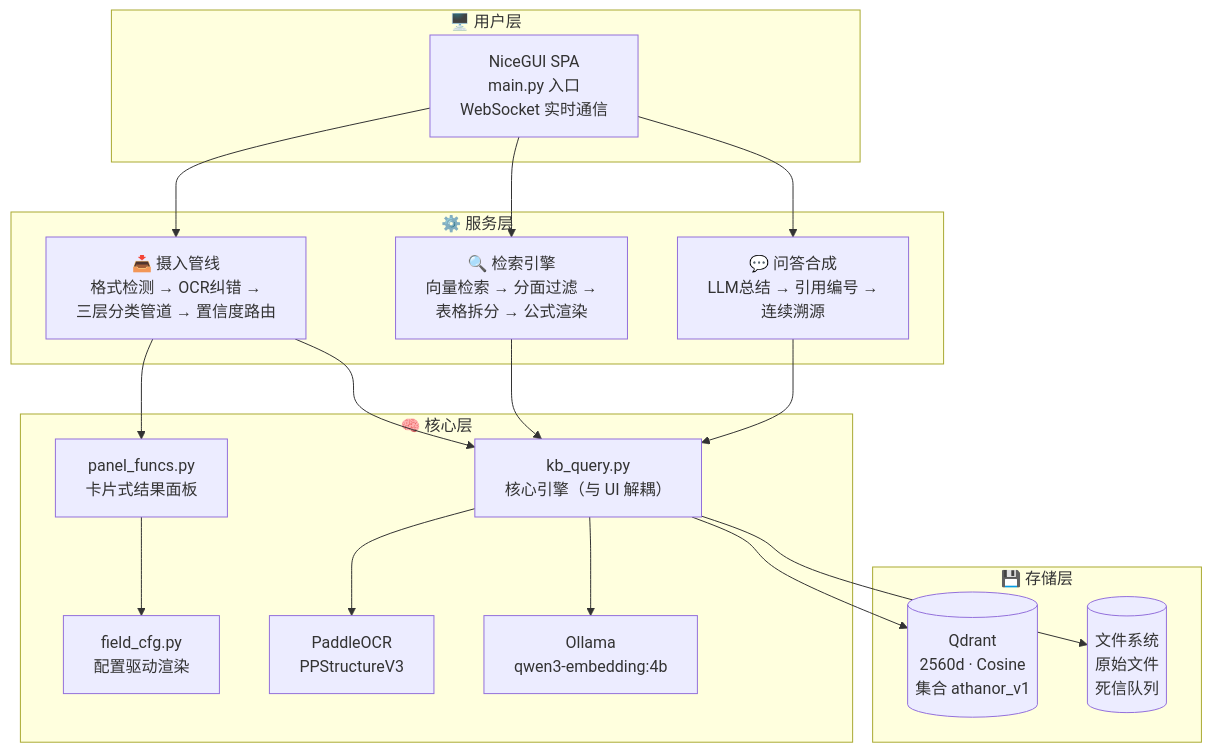
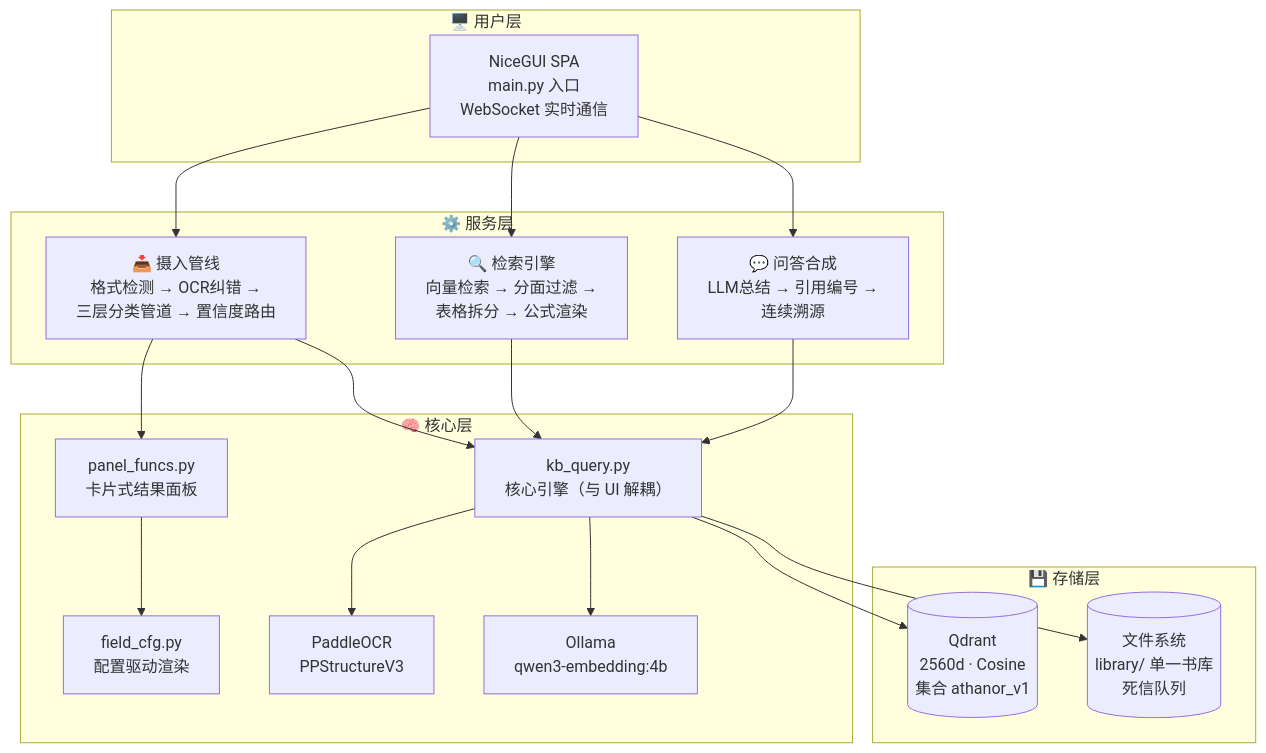
One commit to shiyao222333-afk/citrinitas changed the third of 3 diagrams in README.md. Above: the diagram before and after it, drawn with Mermaid. The commit also changed other lines of this file and 3 other files, not shown here.

````diff
--- a/README.md
+++ b/README.md
@@ -171,38 +145,38 @@
 ```mermaid
 graph TB
     subgraph 用户层["🖥️ 用户层"]
         UI["NiceGUI SPA<br>main.py 入口<br>WebSocket 实时通信"]
     end
 
     subgraph 服务层["⚙️ 服务层"]
         INGEST["📥 摄入管线<br>格式检测 → OCR纠错 →<br>三层分类管道 → 置信度路由"]
         SEARCH["🔍 检索引擎<br>向量检索 → 分面过滤 →<br>表格拆分 → 公式渲染"]
         QA["💬 问答合成<br>LLM总结 → 引用编号 →<br>连续溯源"]
     end
 
     subgraph 核心层["🧠 核心层"]
         KB["kb_query.py<br>核心引擎（与 UI 解耦）"]
         PANEL["panel_funcs.py<br>卡片式结果面板"]
         CFG["field_cfg.py<br>配置驱动渲染"]
         OCR["PaddleOCR<br>PPStructureV3"]
         EMBED["Ollama<br>qwen3-embedding:4b"]
     end
 
     subgraph 存储层["💾 存储层"]
         QDRANT[("Qdrant<br>2560d · Cosine<br>集合 athanor_v1")]
-        FS[("文件系统<br>原始文件<br>死信队列")]
+        FS[("文件系统<br>library/ 单一书库<br>死信队列")]
     end
 
     UI --> INGEST
     UI --> SEARCH
     UI --> QA
     INGEST --> KB
     INGEST --> PANEL
     SEARCH --> KB
     QA --> KB
     PANEL --> CFG
     KB --> OCR
     KB --> EMBED
     KB --> QDRANT
     KB --> FS
 ```
````
